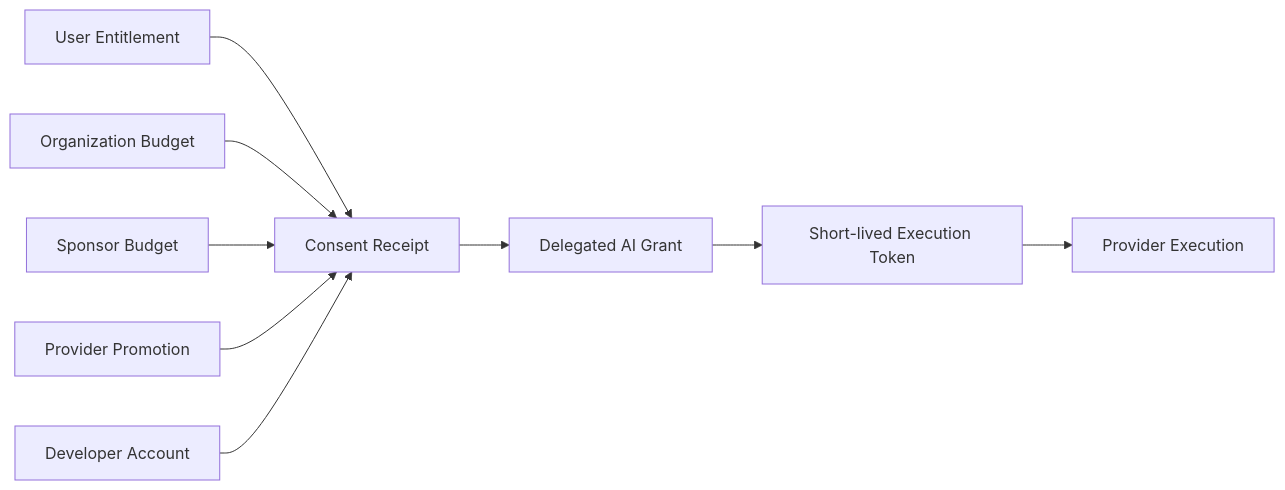
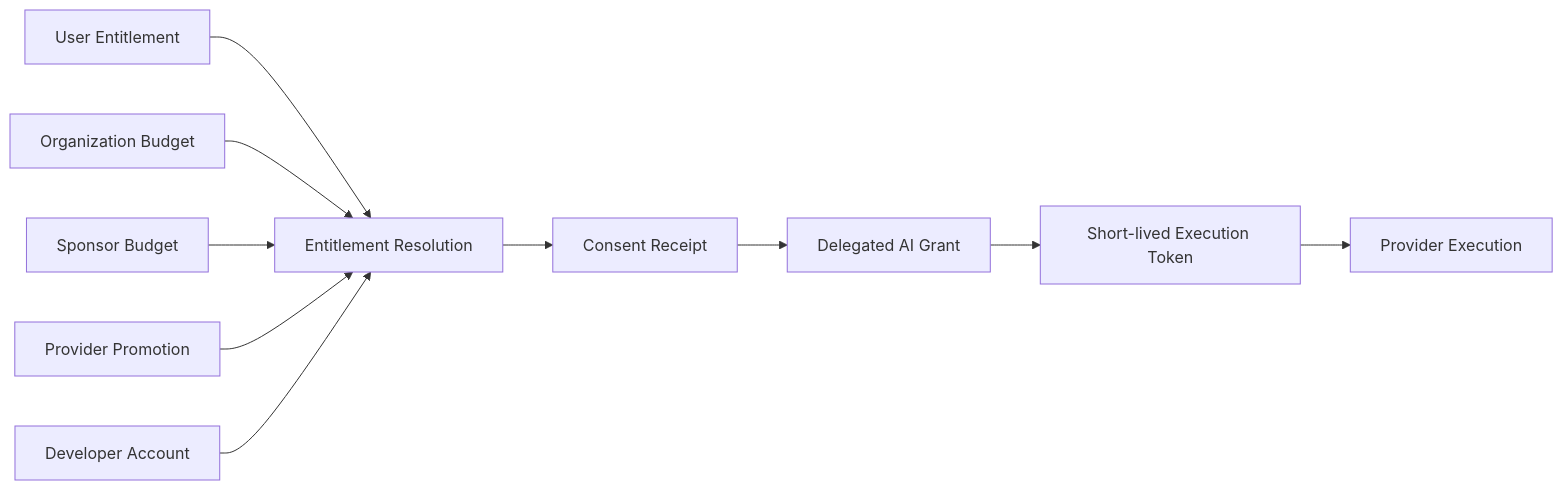
One commit to MJohnstonAI/ai-billing-delegation changed the fourth of 15 diagrams in FLOWS.md. Above: the diagram before and after it, drawn with Mermaid. The commit also changed other lines of this file and 11 other files, not shown here.

````diff
--- a/FLOWS.md
+++ b/FLOWS.md
@@ -7,21 +80,23 @@
 ```mermaid
 flowchart LR
     U[User Entitlement]
     O[Organization Budget]
     S[Sponsor Budget]
     P[Provider Promotion]
     D[Developer Account]
+    R[Entitlement Resolution]
     C[Consent Receipt]
     G[Delegated AI Grant]
     T[Short-lived Execution Token]
     X[Provider Execution]
 
-    U --> C
-    O --> C
-    S --> C
-    P --> C
-    D --> C
+    U --> R
+    O --> R
+    S --> R
+    P --> R
+    D --> R
+    R --> C
     C --> G
     G --> T
     T --> X
 ```
````
